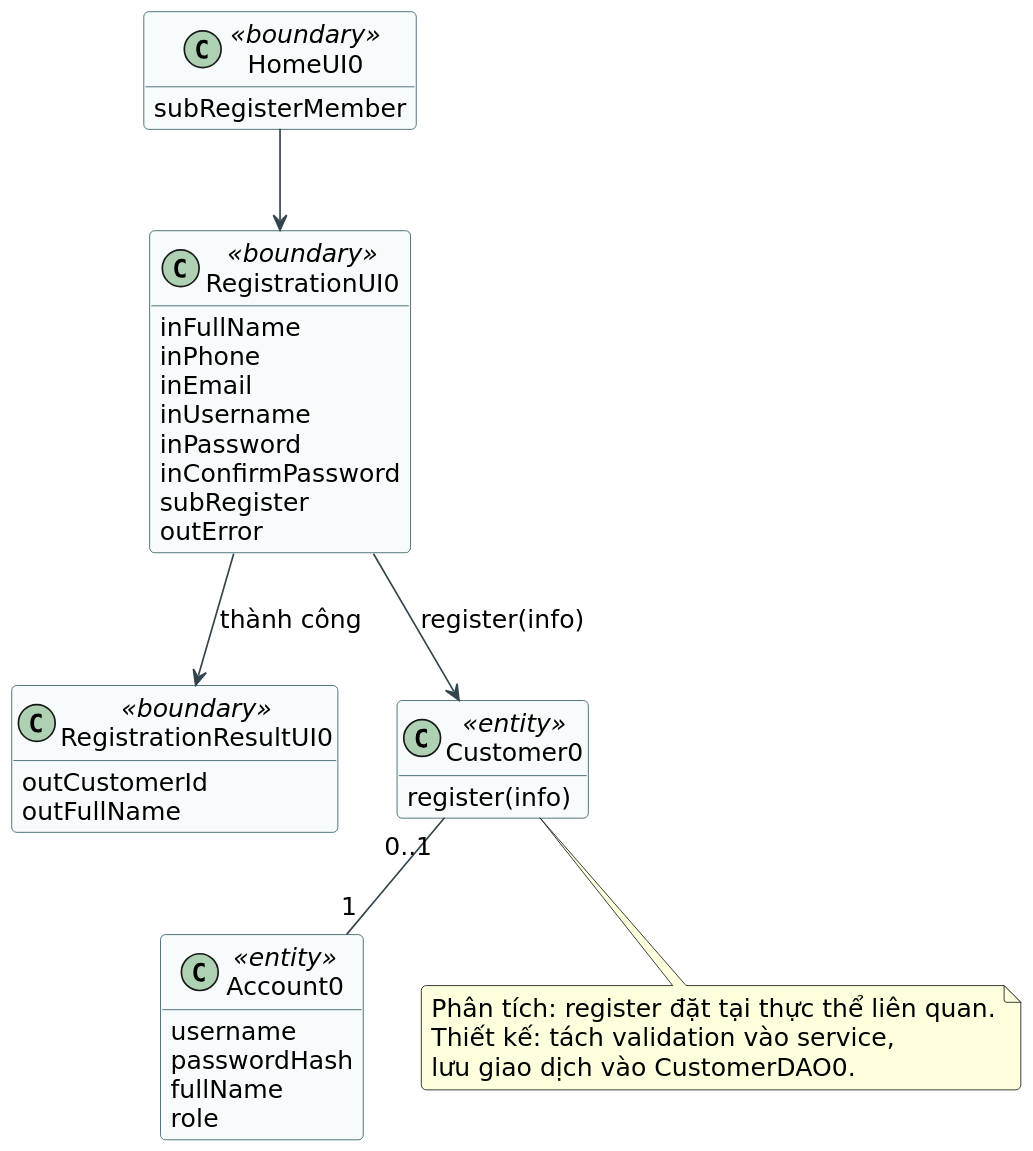
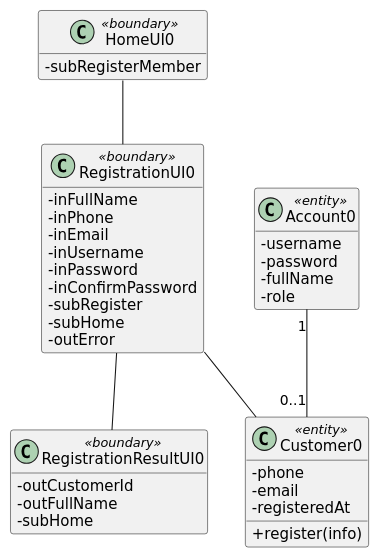
Before and after one commit to tinhatinh/PTTK: the diagram in uml/phan-tich/03-registration-analysis.puml, drawn with PlantUML. The commit also changed 66 other files, not shown here.

Commit message:
Align final report with LibMan phases and rebuild analysis UML

```diff
--- a/uml/phan-tich/03-registration-analysis.puml
+++ b/uml/phan-tich/03-registration-analysis.puml
@@ -1,50 +1,41 @@
 @startuml 03-registration-analysis
 skinparam defaultFontName DejaVu Sans
-skinparam defaultFontSize 15
 skinparam shadowing false
-skinparam backgroundColor white
-skinparam ArrowColor #33444C
-skinparam classBackgroundColor #F8FBFB
-skinparam classBorderColor #335D64
-skinparam packageBorderColor #60757D
-skinparam roundcorner 6
-skinparam dpi 150
-skinparam maxMessageSize 180
+skinparam classAttributeIconSize 0
 hide empty members
-top to bottom direction
 class HomeUI0 <<boundary>> {
- subRegisterMember
+ -subRegisterMember
 }
 class RegistrationUI0 <<boundary>> {
- inFullName
-inPhone
-inEmail
-inUsername
-inPassword
-inConfirmPassword
-subRegister
-outError
+ -inFullName
+ -inPhone
+ -inEmail
+ -inUsername
+ -inPassword
+ -inConfirmPassword
+ -subRegister
+ -subHome
+ -outError
 }
 class RegistrationResultUI0 <<boundary>> {
- outCustomerId
-outFullName
+ -outCustomerId
+ -outFullName
+ -subHome
+}
+class Account0 <<entity>> {
+ -username
+ -password
+ -fullName
+ -role
 }
 class Customer0 <<entity>> {
- register(info)
+ -phone
+ -email
+ -registeredAt
+ +register(info)
 }
-class Account0 <<entity>> {
- username
-passwordHash
-fullName
-role
-}
-HomeUI0 --> RegistrationUI0
-RegistrationUI0 --> Customer0 : register(info)
-RegistrationUI0 --> RegistrationResultUI0 : thành công
-Customer0 "0..1" -- "1" Account0
-note bottom of Customer0
-Phân tích: register đặt tại thực thể liên quan.
-Thiết kế: tách validation vào service,
-lưu giao dịch vào CustomerDAO0.
-end note
+Account0 "1" -- "0..1" Customer0
+HomeUI0 -- RegistrationUI0
+RegistrationUI0 -- RegistrationResultUI0
+RegistrationUI0 -- Customer0
 @enduml
```
